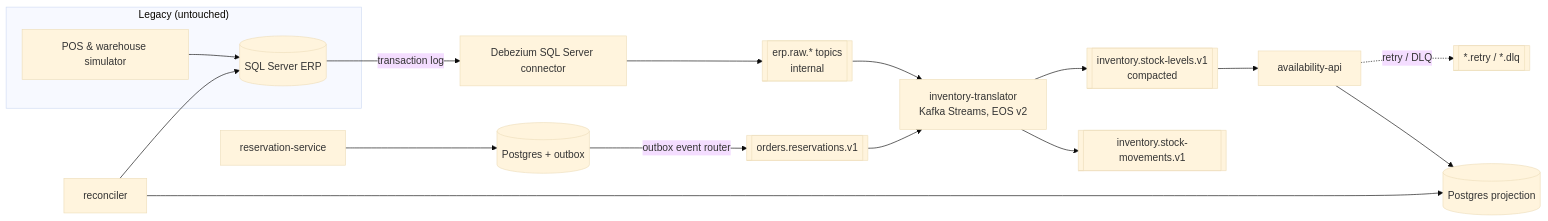
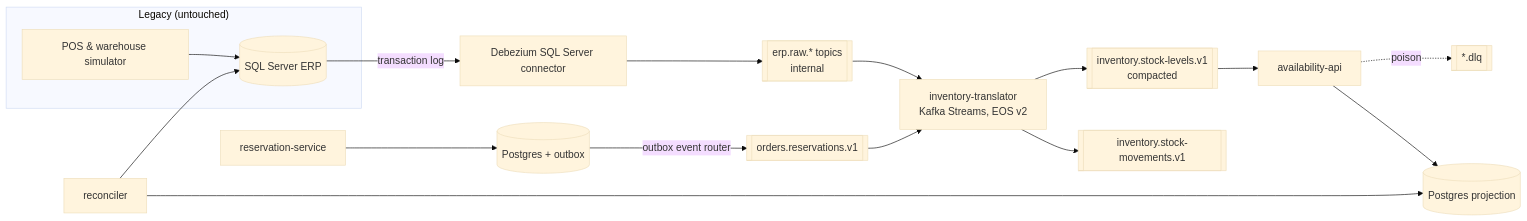
One commit to ManuOlivarh/legacy-inventory-modernization changed the diagram in docs/design.md. Above: the diagram before and after it, drawn with Mermaid (base theme). The commit also changed other lines of this file and 26 other files, not shown here.

````diff
--- a/docs/design.md
+++ b/docs/design.md
@@ -40,25 +40,25 @@
 ```mermaid
 flowchart LR
   subgraph Legacy["Legacy (untouched)"]
     SIM[POS & warehouse simulator] --> ERP[(SQL Server ERP)]
   end
 
   ERP -- transaction log --> DBZ[Debezium SQL Server connector]
   DBZ --> RAW[[erp.raw.* topics<br/>internal]]
 
   RAW --> ACL[inventory-translator<br/>Kafka Streams, EOS v2]
   ACL --> MOV[[inventory.stock-movements.v1]]
   ACL --> LVL[[inventory.stock-levels.v1<br/>compacted]]
 
   RES[reservation-service] --> RDB[(Postgres + outbox)]
   RDB -- outbox event router --> RSV[[orders.reservations.v1]]
   RSV --> ACL
 
   LVL --> API[availability-api]
   API --> PDB[(Postgres projection)]
-  API -. retry / DLQ .-> DLQ[[*.retry / *.dlq]]
+  API -. poison .-> DLQ[[*.dlq]]
 
   REC[reconciler] --> ERP
   REC --> PDB
 
 ```
````
